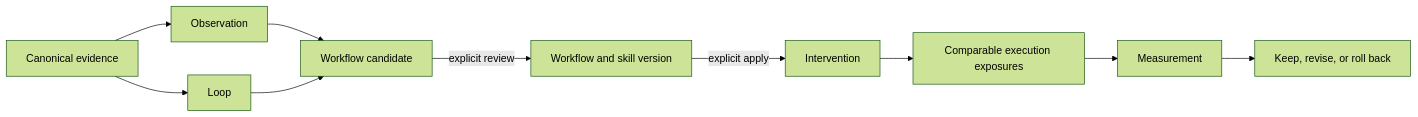
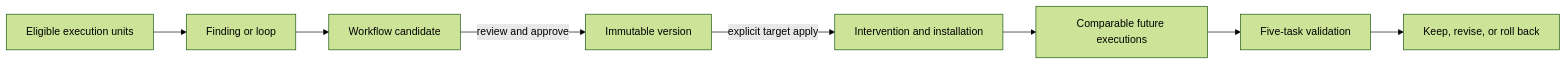
One commit to o11y-dev/reflect changed the second of 2 diagrams in docs/current-architecture.md. Above: the diagram before and after it, drawn with Mermaid (forest theme). The commit also changed other lines of this file and 85 other files, not shown here.

Commit message:
refactor: canonicalize Reflect improvement architecture

````diff
--- a/docs/current-architecture.md
+++ b/docs/current-architecture.md
@@ -217,12 +201,10 @@
 ```mermaid
 flowchart LR
-    Evidence[Canonical evidence] --> Observation
-    Evidence --> Loop
-    Observation --> Candidate[Workflow candidate]
-    Loop --> Candidate
-    Candidate -->|explicit review| Version[Workflow and skill version]
-    Version -->|explicit apply| Intervention
-    Intervention --> Exposure[Comparable execution exposures]
-    Exposure --> Measurement
-    Measurement --> Decision[Keep, revise, or roll back]
+    Evidence[Eligible execution units] --> Finding[Finding or loop]
+    Finding --> Candidate[Workflow candidate]
+    Candidate -->|review and approve| Version[Immutable version]
+    Version -->|explicit target apply| Install[Intervention and installation]
+    Install --> Exposure[Comparable future executions]
+    Exposure --> Measure[Five-task validation]
+    Measure --> Decision[Keep, revise, or roll back]
 ```
````
